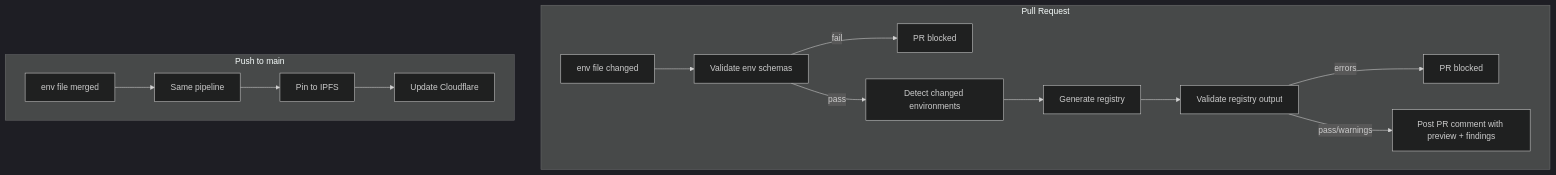
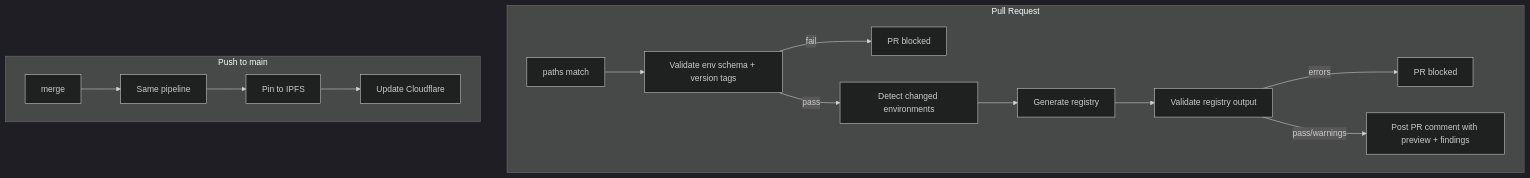
One commit to centrifuge/protocol changed the diagram in script/registry/README.md. Above: the diagram before and after it, drawn with Mermaid (dark theme). The commit also changed other lines of this file and 10 other files, not shown here.

````diff
--- a/script/registry/README.md
+++ b/script/registry/README.md
@@ -43,17 +47,17 @@
 ```mermaid
 flowchart TD
     subgraph pr [Pull Request]
-        A[env file changed] --> B[Validate env schemas]
+        A[paths match] --> B[Validate env schema + version tags]
         B -->|fail| X1[PR blocked]
         B -->|pass| C[Detect changed environments]
         C --> D[Generate registry]
         D --> E[Validate registry output]
         E -->|errors| X2[PR blocked]
         E -->|pass/warnings| F[Post PR comment with preview + findings]
     end
     subgraph push [Push to main]
-        G[env file merged] --> H[Same pipeline]
+        G[merge] --> H[Same pipeline]
         H --> I[Pin to IPFS]
         I --> J[Update Cloudflare]
     end
 ```
````
